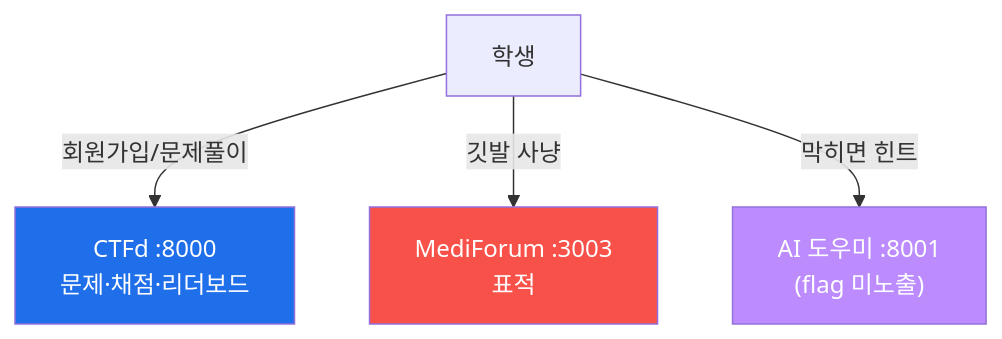
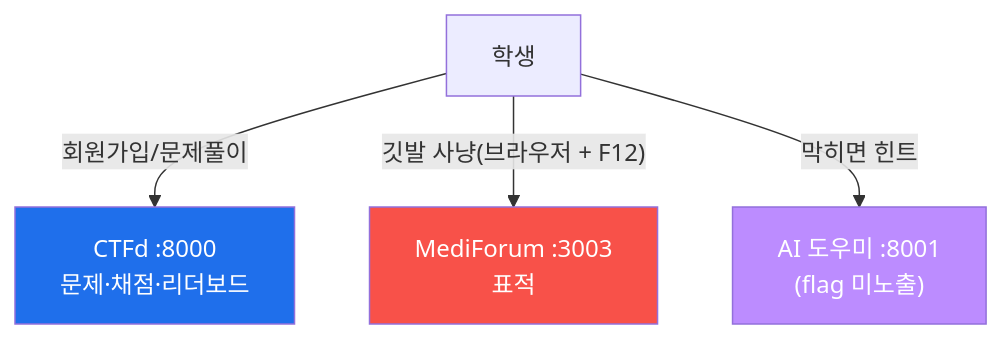
Before and after one commit to mrgrit/easy_web_hacking_class: the diagram in ctf/README.md, drawn with Mermaid. The commit also changed other lines of this file and 68 other files, not shown here.

````diff
--- a/ctf/README.md
+++ b/ctf/README.md
@@ -6,9 +6,9 @@
 ```mermaid
 graph TD
     S["학생"] -->|"회원가입/문제풀이"| C["CTFd :8000<br/>문제·채점·리더보드"]
-    S -->|"깃발 사냥"| M["MediForum :3003<br/>표적"]
+    S -->|"깃발 사냥(브라우저 + F12)"| M["MediForum :3003<br/>표적"]
     S -->|"막히면 힌트"| A["AI 도우미 :8001<br/>(flag 미노출)"]
     style C fill:#1f6feb,color:#fff
     style M fill:#f85149,color:#fff
     style A fill:#bc8cff,color:#fff
 ```
````
